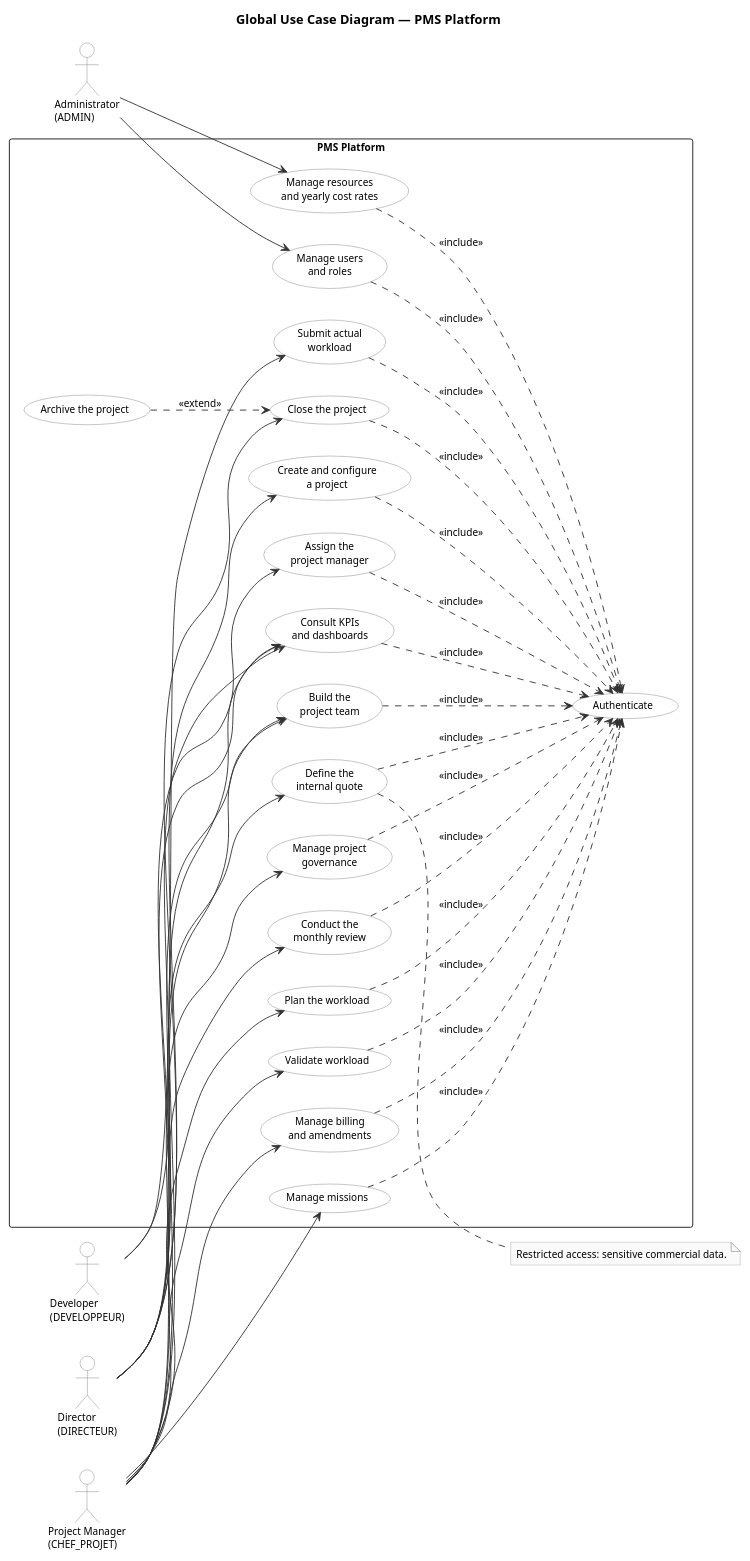
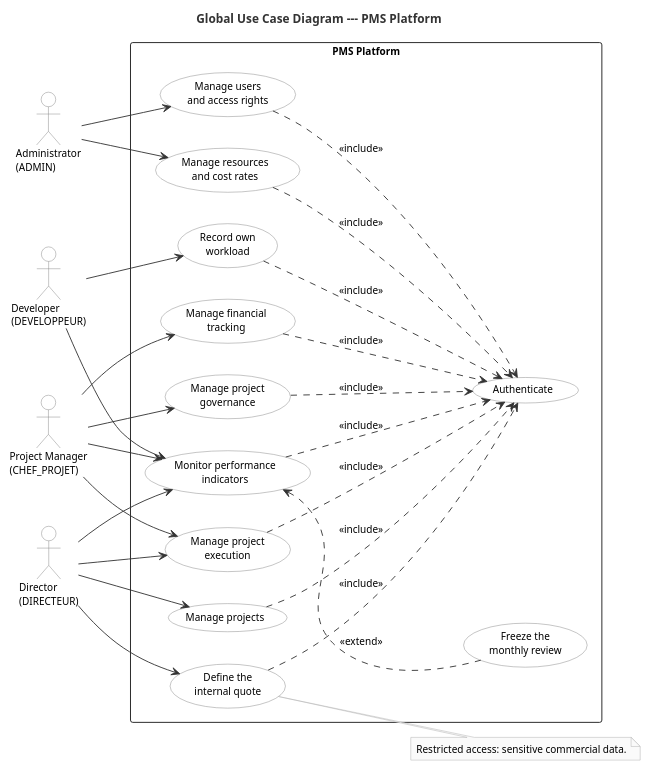
The diagram in docs/uml/01-use-case.puml (mazenrakrouki/tekup-pms-platform), drawn with PlantUML before and after one commit. The commit also changed 2 other files, not shown here.

```diff
--- a/docs/uml/01-use-case.puml
+++ b/docs/uml/01-use-case.puml
@@ -1,89 +1,73 @@
 @startuml use_case
-title Global Use Case Diagram — PMS Platform
+title Global Use Case Diagram --- PMS Platform
 
 left to right direction
 
 skinparam shadowing false
 skinparam packageStyle rectangle
 skinparam defaultFontName Helvetica
 skinparam defaultFontSize 11
 skinparam actorBorderColor #808080
 skinparam actorBackgroundColor #FFFFFF
 skinparam usecaseBorderColor #808080
 skinparam usecaseBackgroundColor #FFFFFF
 skinparam ArrowColor #333333
 skinparam noteBorderColor #AAAAAA
 skinparam noteBackgroundColor #FAFAFA
+skinparam TitleFontSize 13
+skinparam TitleFontColor #333333
 
-actor "Administrator\n(ADMIN)"        as Admin
-actor "Director\n(DIRECTEUR)"         as Dir
+actor "Administrator\n(ADMIN)"         as Admin
+actor "Director\n(DIRECTEUR)"          as Dir
 actor "Project Manager\n(CHEF_PROJET)" as PM
-actor "Developer\n(DEVELOPPEUR)"      as Dev
+actor "Developer\n(DEVELOPPEUR)"       as Dev
 
 rectangle "PMS Platform" {
 
-  usecase "Manage users\nand roles"            as UC1
-  usecase "Manage resources\nand yearly cost rates" as UC2
-  usecase "Create and configure\na project"    as UC3
-  usecase "Assign the\nproject manager"        as UC4
-  usecase "Define the\ninternal quote"         as UC5
-  usecase "Build the\nproject team"            as UC6
-  usecase "Plan the workload"                  as UC7
-  usecase "Submit actual\nworkload"            as UC8
-  usecase "Validate workload"                  as UC9
-  usecase "Manage billing\nand amendments"     as UC10
-  usecase "Manage missions"                    as UC11
-  usecase "Manage project\ngovernance"         as UC12
-  usecase "Conduct the\nmonthly review"        as UC13
-  usecase "Consult KPIs\nand dashboards"       as UC14
-  usecase "Close the project"                  as UC15
+  usecase "Manage users\nand access rights"     as UC1
+  usecase "Manage resources\nand cost rates"    as UC2
+  usecase "Manage projects"                     as UC3
+  usecase "Define the\ninternal quote"          as UC4
+  usecase "Manage project\nexecution"           as UC5
+  usecase "Record own\nworkload"                as UC6
+  usecase "Manage financial\ntracking"          as UC7
+  usecase "Manage project\ngovernance"          as UC8
+  usecase "Monitor performance\nindicators"     as UC9
 
-  usecase "Archive the project"                as UC16
-  usecase "Authenticate"                       as AUTH
+  usecase "Freeze the\nmonthly review"          as UC10
+  usecase "Authenticate"                        as AUTH
 }
 
 Admin --> UC1
 Admin --> UC2
 
 Dir --> UC3
 Dir --> UC4
 Dir --> UC5
-Dir --> UC6
-Dir --> UC14
-Dir --> UC15
+Dir --> UC9
 
-PM --> UC6
-PM --> UC7
-PM --> UC9
-PM --> UC10
-PM --> UC11
-PM --> UC12
-PM --> UC13
-PM --> UC14
+PM  --> UC5
+PM  --> UC7
+PM  --> UC8
+PM  --> UC9
 
-Dev --> UC8
-Dev --> UC14
+Dev --> UC6
+Dev --> UC9
 
-UC1  ..> AUTH : <<include>>
-UC2  ..> AUTH : <<include>>
-UC3  ..> AUTH : <<include>>
-UC4  ..> AUTH : <<include>>
-UC5  ..> AUTH : <<include>>
-UC6  ..> AUTH : <<include>>
-UC7  ..> AUTH : <<include>>
-UC8  ..> AUTH : <<include>>
-UC9  ..> AUTH : <<include>>
-UC10 ..> AUTH : <<include>>
-UC11 ..> AUTH : <<include>>
-UC12 ..> AUTH : <<include>>
-UC13 ..> AUTH : <<include>>
-UC14 ..> AUTH : <<include>>
-UC15 ..> AUTH : <<include>>
+UC1 ..> AUTH : <<include>>
+UC2 ..> AUTH : <<include>>
+UC3 ..> AUTH : <<include>>
+UC4 ..> AUTH : <<include>>
+UC5 ..> AUTH : <<include>>
+UC6 ..> AUTH : <<include>>
+UC7 ..> AUTH : <<include>>
+UC8 ..> AUTH : <<include>>
+UC9 ..> AUTH : <<include>>
 
-UC16 ..> UC15 : <<extend>>
+UC9 <.. UC10 : <<extend>>
 
-note right of UC5
+note right of UC4
   Restricted access: sensitive commercial data.
 end note
 
 @enduml
```
